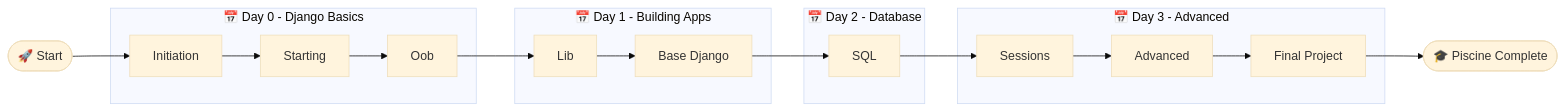
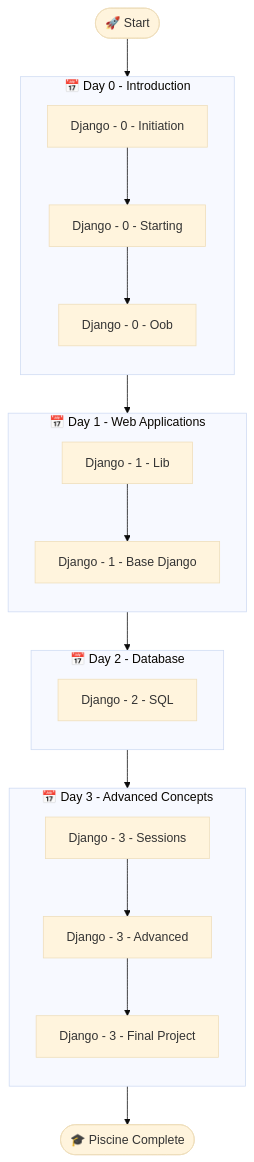
The diagram in README.md (elel-m-b/Piscine-Django), drawn with Mermaid (base theme) before and after one commit. The commit also changed other lines of this file, not shown here.

Commit message:
Revise roadmap structure in README
Updated the roadmap section to reflect changes in the structure and naming of days and tasks.

````diff
--- a/README.md
+++ b/README.md
@@ -7,41 +8,46 @@
 ```mermaid
-flowchart LR
+flowchart TB
 
     START([🚀 Start])
 
-    subgraph D0["📅 Day 0 - Django Basics"]
-        D00["Initiation"]
-        D01["Starting"]
-        D02["Oob"]
+    START --> DAY0
+
+    subgraph DAY0["📅 Day 0 - Introduction"]
+        direction TB
+        D00["Django - 0 - Initiation"]
+        D01["Django - 0 - Starting"]
+        D02["Django - 0 - Oob"]
+
+        D00 --> D01 --> D02
     end
 
-    subgraph D1["📅 Day 1 - Building Apps"]
-        D10["Lib"]
-        D11["Base Django"]
+    DAY0 --> DAY1
+
+    subgraph DAY1["📅 Day 1 - Web Applications"]
+        direction TB
+        D10["Django - 1 - Lib"]
+        D11["Django - 1 - Base Django"]
+
+        D10 --> D11
     end
 
-    subgraph D2["📅 Day 2 - Database"]
-        D20["SQL"]
+    DAY1 --> DAY2
+
+    subgraph DAY2["📅 Day 2 - Database"]
+        direction TB
+        D20["Django - 2 - SQL"]
     end
 
-    subgraph D3["📅 Day 3 - Advanced"]
-        D30["Sessions"]
-        D31["Advanced"]
-        D32["Final Project"]
+    DAY2 --> DAY3
+
+    subgraph DAY3["📅 Day 3 - Advanced Concepts"]
+        direction TB
+        D30["Django - 3 - Sessions"]
+        D31["Django - 3 - Advanced"]
+        D32["Django - 3 - Final Project"]
+
+        D30 --> D31 --> D32
     end
 
-    START --> D00
-    D00 --> D01
-    D01 --> D02
-
-    D02 --> D10
-    D10 --> D11
-
-    D11 --> D20
-
-    D20 --> D30
-    D30 --> D31
-    D31 --> D32
-
-    D32 --> END([🎓 Piscine Complete])
+    DAY3 --> END([🎓 Piscine Complete])
 ```
````
